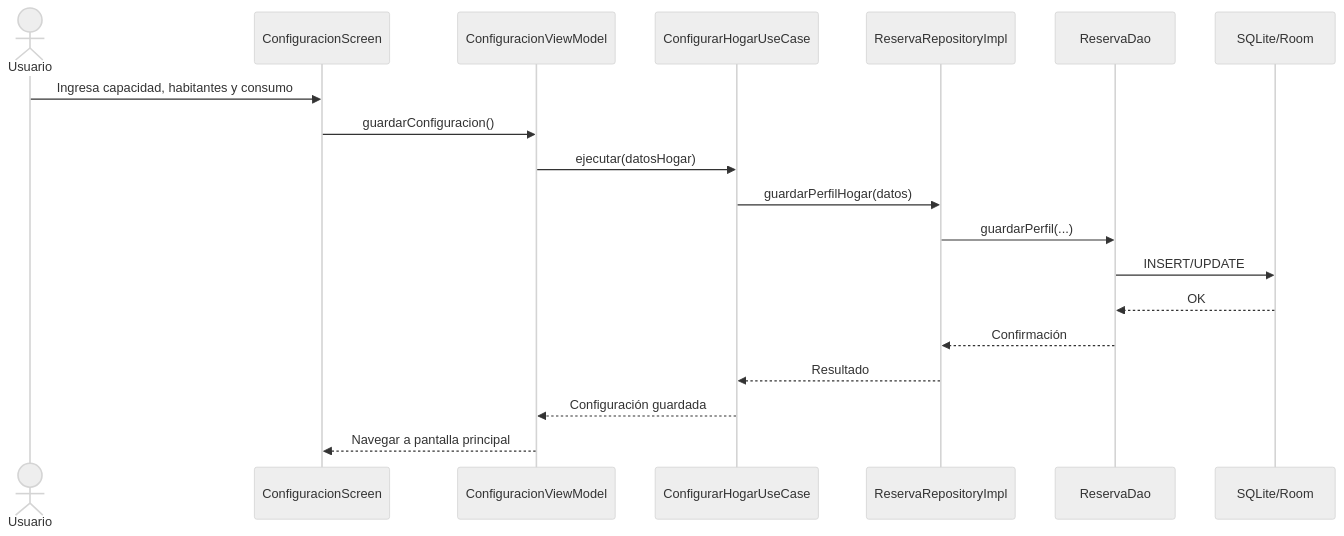
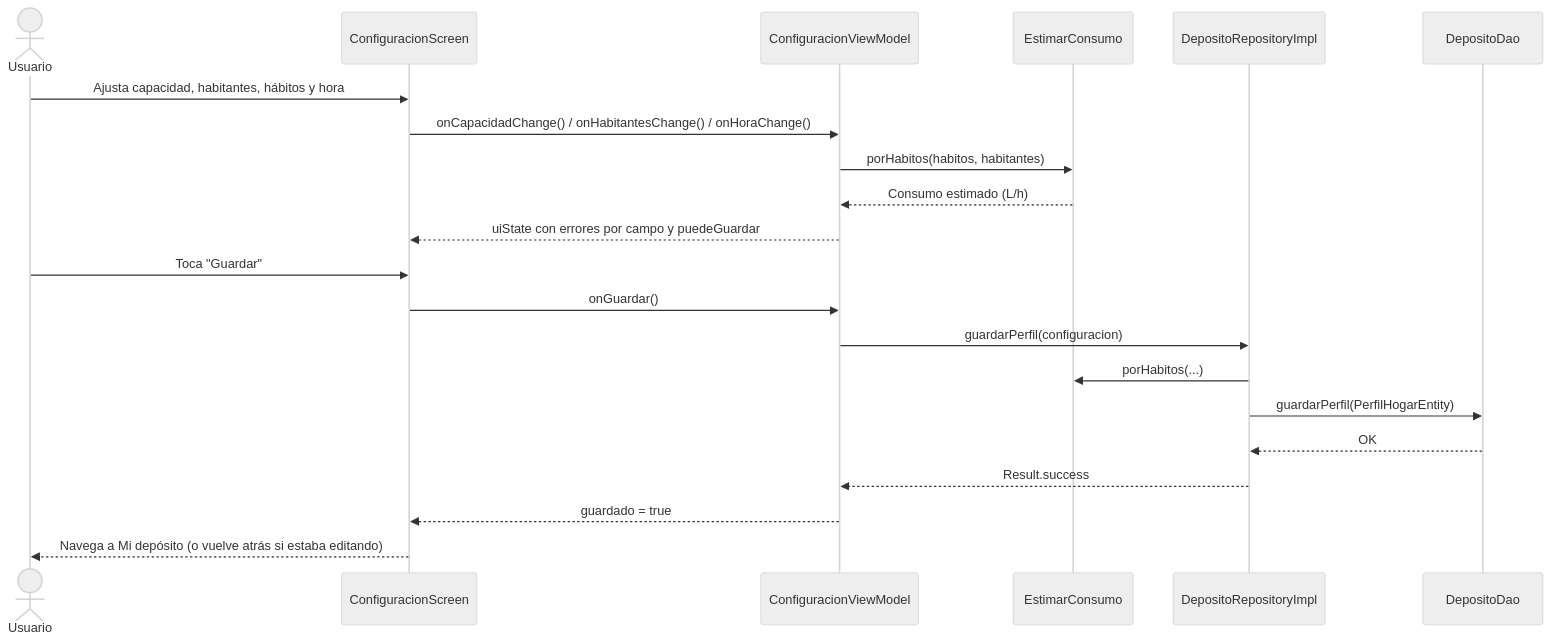
One commit to IkerASierraR/AguardApp changed the sixth of 18 diagrams in informes/FD04-SAD.md. Above: the diagram before and after it, drawn with Mermaid (neutral theme). The commit also changed other lines of this file and 2 other files, not shown here.

````diff
--- a/informes/FD04-SAD.md
+++ b/informes/FD04-SAD.md
@@ -253,21 +227,23 @@
 ```mermaid
 sequenceDiagram
     actor U as Usuario
     participant S as ConfiguracionScreen
     participant VM as ConfiguracionViewModel
-    participant UC as ConfigurarHogarUseCase
-    participant R as ReservaRepositoryImpl
-    participant DAO as ReservaDao
-    participant DB as SQLite/Room
-    U->>S: Ingresa capacidad, habitantes y consumo
-    S->>VM: guardarConfiguracion()
-    VM->>UC: ejecutar(datosHogar)
-    UC->>R: guardarPerfilHogar(datos)
-    R->>DAO: guardarPerfil(...)
-    DAO->>DB: INSERT/UPDATE
-    DB-->>DAO: OK
-    DAO-->>R: Confirmación
-    R-->>UC: Resultado
-    UC-->>VM: Configuración guardada
-    VM-->>S: Navegar a pantalla principal
+    participant EC as EstimarConsumo
+    participant R as DepositoRepositoryImpl
+    participant DAO as DepositoDao
+    U->>S: Ajusta capacidad, habitantes, hábitos y hora
+    S->>VM: onCapacidadChange() / onHabitantesChange() / onHoraChange()
+    VM->>EC: porHabitos(habitos, habitantes)
+    EC-->>VM: Consumo estimado (L/h)
+    VM-->>S: uiState con errores por campo y puedeGuardar
+    U->>S: Toca "Guardar"
+    S->>VM: onGuardar()
+    VM->>R: guardarPerfil(configuracion)
+    R->>EC: porHabitos(...)
+    R->>DAO: guardarPerfil(PerfilHogarEntity)
+    DAO-->>R: OK
+    R-->>VM: Result.success
+    VM-->>S: guardado = true
+    S-->>U: Navega a Mi depósito (o vuelve atrás si estaba editando)
 ```
````
